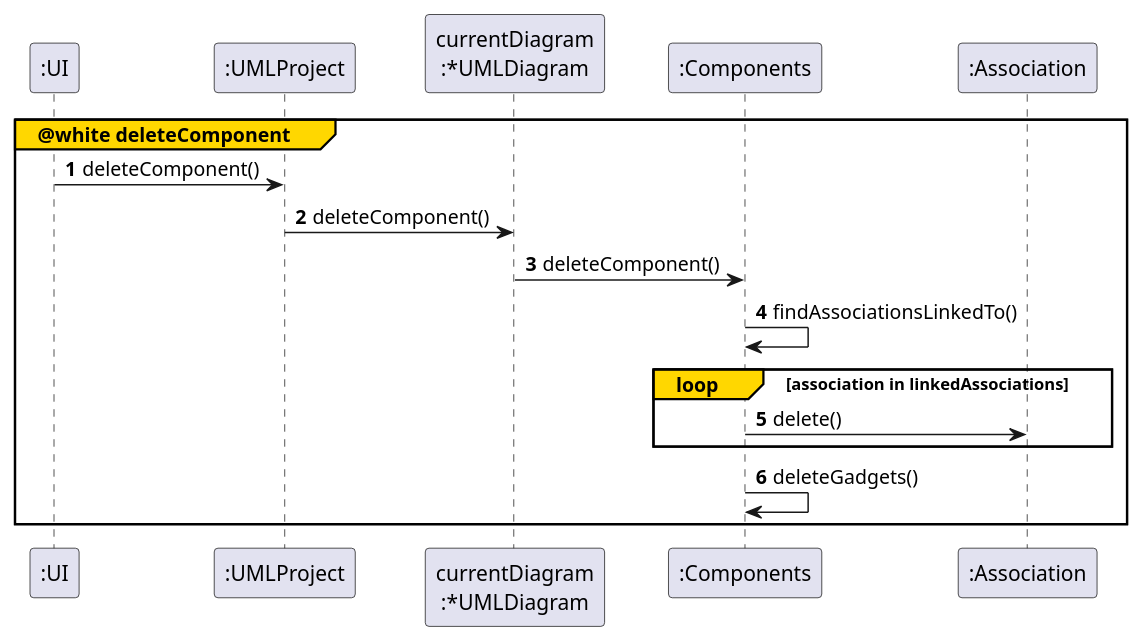
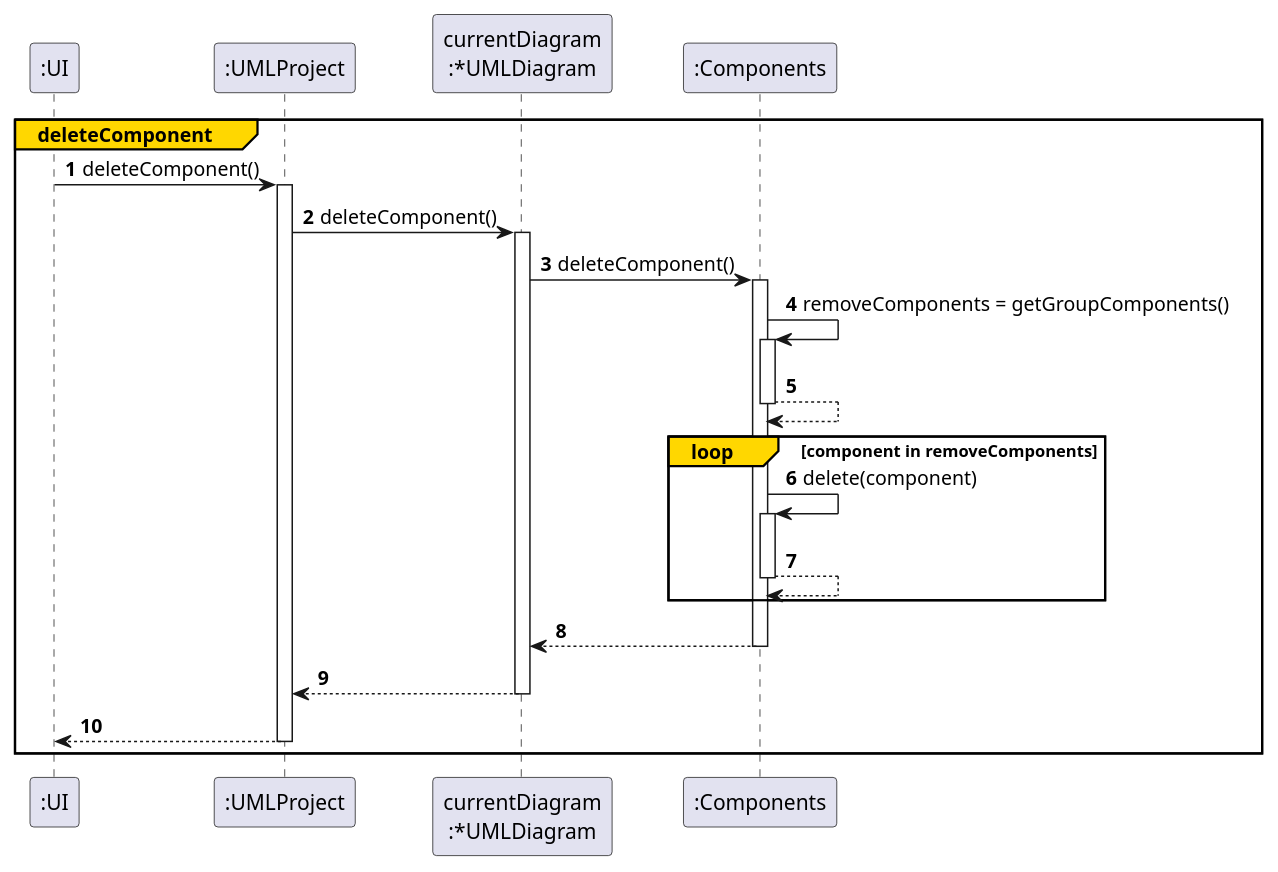
Diagram 17 of 17 in docs/graphs/ssd.iuml (Vghxv/Dr.UML__________________), drawn with PlantUML before and after one commit. The commit also changed other lines of this file and 4 other files, not shown here.

```diff
--- a/docs/graphs/ssd.iuml
+++ b/docs/graphs/ssd.iuml
@@ -369,13 +343,20 @@
 @startuml
 autonumber
-group#gold @white deleteComponent
+autoactivate on
+group#gold #white deleteComponent
     ":UI" -> ":UMLProject": deleteComponent()
     ":UMLProject" -> "currentDiagram\n:*UMLDiagram": deleteComponent()
     "currentDiagram\n:*UMLDiagram" -> ":Components": deleteComponent()
-    ":Components" -> ":Components": findAssociationsLinkedTo()
-    loop#gold #white association in linkedAssociations
-        ":Components" -> ":Association": delete()
+
+    ":Components" -> ":Components": removeComponents = getGroupComponents()
+    return
+    loop#gold #white component in removeComponents
+        ":Components" -> ":Components": delete(component)
+        return
     end
-    ":Components" -> ":Components": deleteGadgets()
+
+    return
+    return
+    return
 end deleteComponent
 @enduml
```
